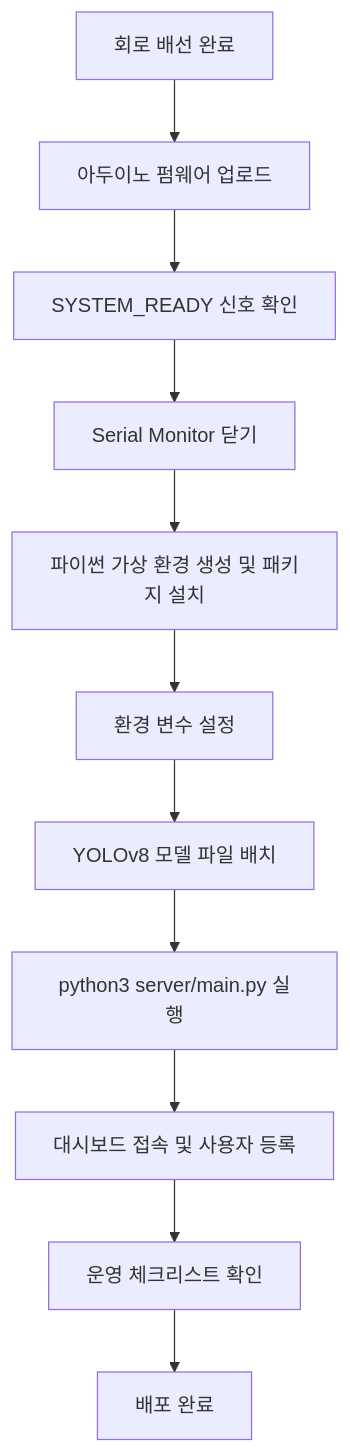
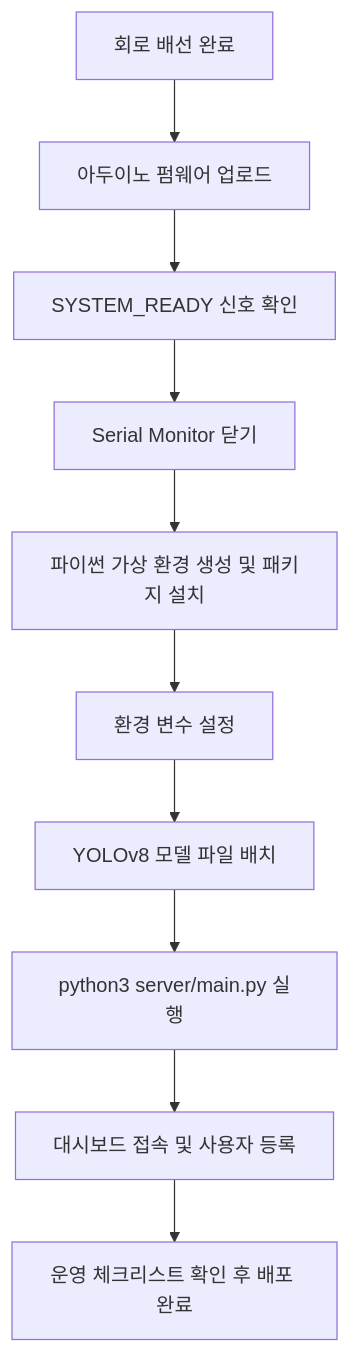
Before and after one commit to hkimw-underground/digital-logic-circuit: the diagram in website/docs/system_docs/DEPLOYMENT.md, drawn with Mermaid. The commit also changed other lines of this file and 7 other files, not shown here.

First line of the commit message:
docs: enable Mermaid rendering and update remaining pages

````diff
--- a/website/docs/system_docs/DEPLOYMENT.md
+++ b/website/docs/system_docs/DEPLOYMENT.md
@@ -10,13 +10,12 @@
 ```mermaid
 flowchart TD
-    A[회로 배선 완료] --> B[아두이노 펌웨어 업로드]
-    B --> C[SYSTEM_READY 신호 확인]
-    C --> D[Serial Monitor 닫기]
-    D --> E[파이썬 가상 환경 생성 및 패키지 설치]
-    E --> F[환경 변수 설정]
-    F --> G[YOLOv8 모델 파일 배치]
-    G --> H[python3 server/main.py 실행]
-    H --> I[대시보드 접속 및 사용자 등록]
-    I --> J[운영 체크리스트 확인]
-    J --> K[배포 완료]
+    A["회로 배선 완료"] --> B["아두이노 펌웨어 업로드"]
+    B --> C["SYSTEM_READY 신호 확인"]
+    C --> D["Serial Monitor 닫기"]
+    D --> E["파이썬 가상 환경 생성 및 패키지 설치"]
+    E --> F["환경 변수 설정"]
+    F --> G["YOLOv8 모델 파일 배치"]
+    G --> H["python3 server/main.py 실행"]
+    H --> I["대시보드 접속 및 사용자 등록"]
+    I --> J["운영 체크리스트 확인 후 배포 완료"]
 ```
````
